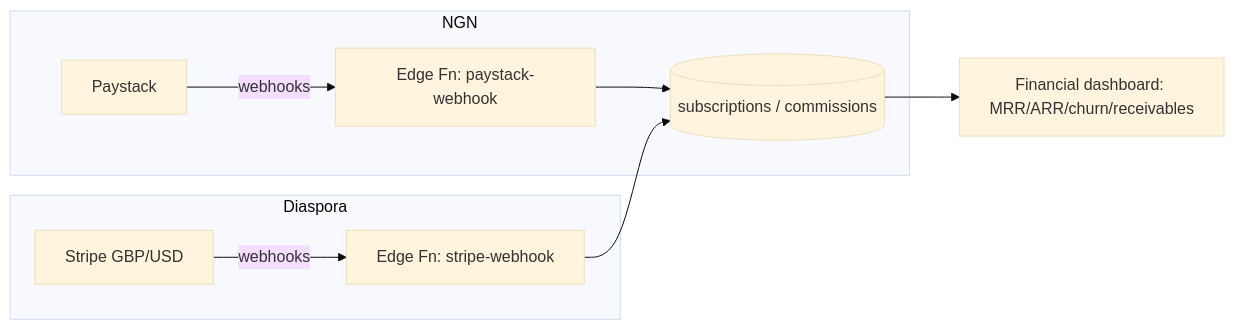
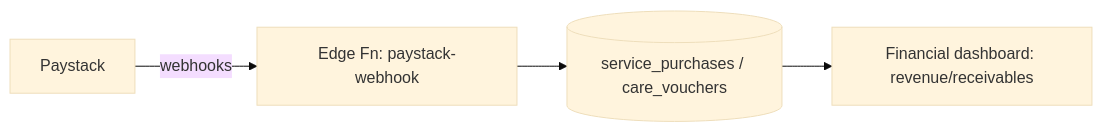
One commit to Kolalonge-creator/Tarragon-Health changed the sixth of 6 diagrams in docs/ARCHITECTURE.md. Above: the diagram before and after it, drawn with Mermaid (base theme). The commit also changed other lines of this file and 21 other files, not shown here.

````diff
--- a/docs/ARCHITECTURE.md
+++ b/docs/ARCHITECTURE.md
@@ -300,12 +300,6 @@
 ```mermaid
 graph LR
-  subgraph NGN
-    PS[Paystack] -- webhooks --> PWH[Edge Fn: paystack-webhook]
-    PWH --> BILL[(subscriptions / commissions)]
-  end
-  subgraph Diaspora
-    ST[Stripe GBP/USD] -- webhooks --> SWH[Edge Fn: stripe-webhook]
-    SWH --> BILL
-  end
-  BILL --> DASH[Financial dashboard: MRR/ARR/churn/receivables]
+  PS[Paystack] -- webhooks --> PWH[Edge Fn: paystack-webhook]
+  PWH --> BILL[(service_purchases / care_vouchers)]
+  BILL --> DASH[Financial dashboard: revenue/receivables]
 ```
````
